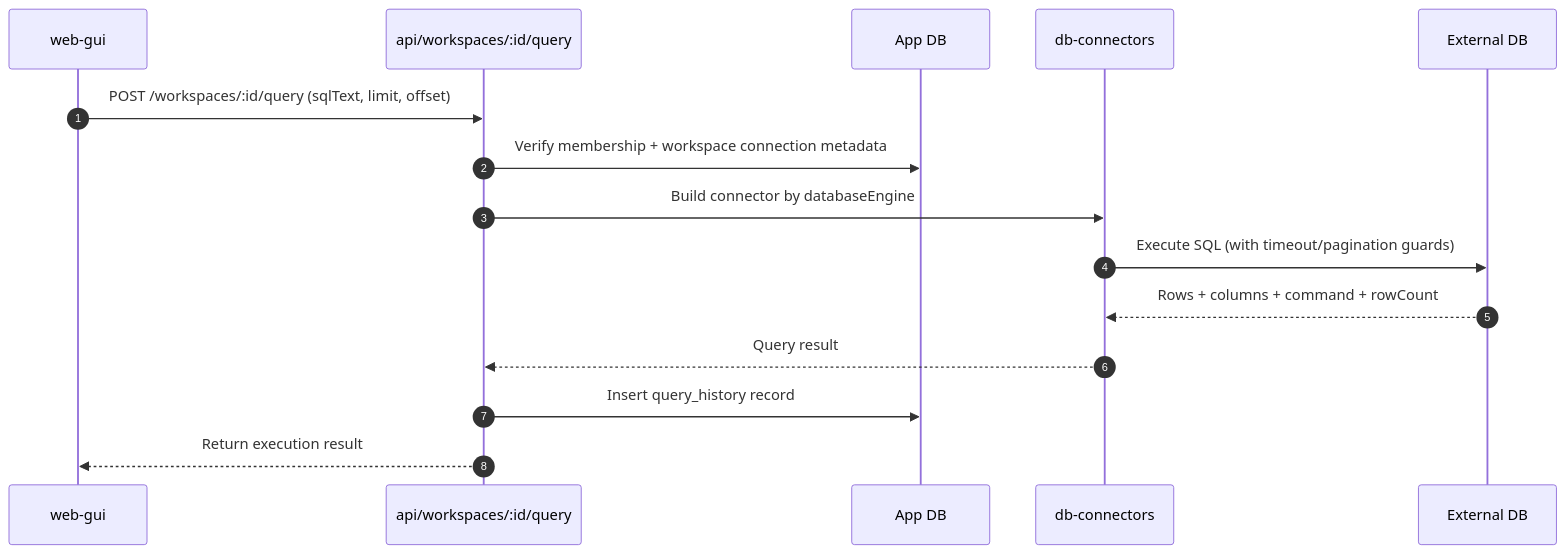
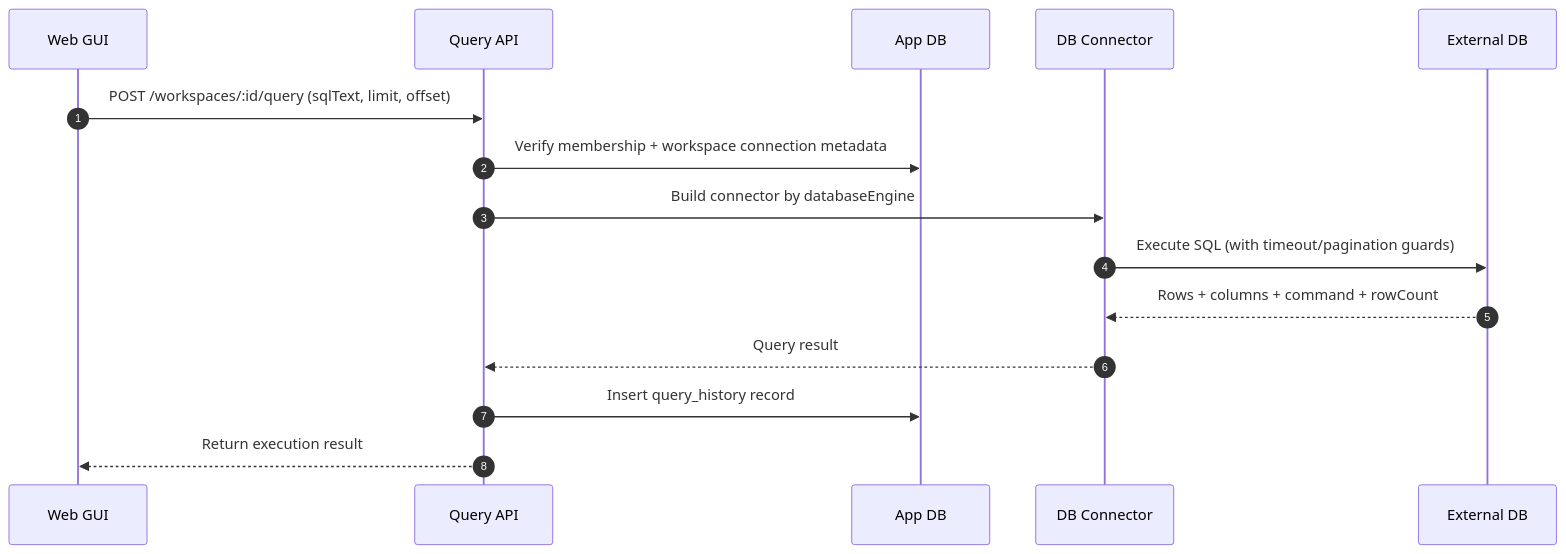
Before and after one commit to Veri5ied/dataflow-studio: the fourth of 7 diagrams in docs/system-design-flow.md, drawn with Mermaid. The commit also changed other lines of this file, not shown here.

Commit message:
GitHub-safe Mermaid syntax

````diff
--- a/docs/system-design-flow.md
+++ b/docs/system-design-flow.md
@@ -84,18 +84,18 @@
 ```mermaid
 sequenceDiagram
   autonumber
-  participant Web as web-gui
-  participant API as api/workspaces/:id/query
+  participant Web as Web GUI
+  participant API as Query API
   participant DB as App DB
-  participant Conn as db-connectors
+  participant Conn as DB Connector
   participant Ext as External DB
 
   Web->>API: POST /workspaces/:id/query (sqlText, limit, offset)
   API->>DB: Verify membership + workspace connection metadata
   API->>Conn: Build connector by databaseEngine
   Conn->>Ext: Execute SQL (with timeout/pagination guards)
   Ext-->>Conn: Rows + columns + command + rowCount
   Conn-->>API: Query result
   API->>DB: Insert query_history record
   API-->>Web: Return execution result
 ```
````
